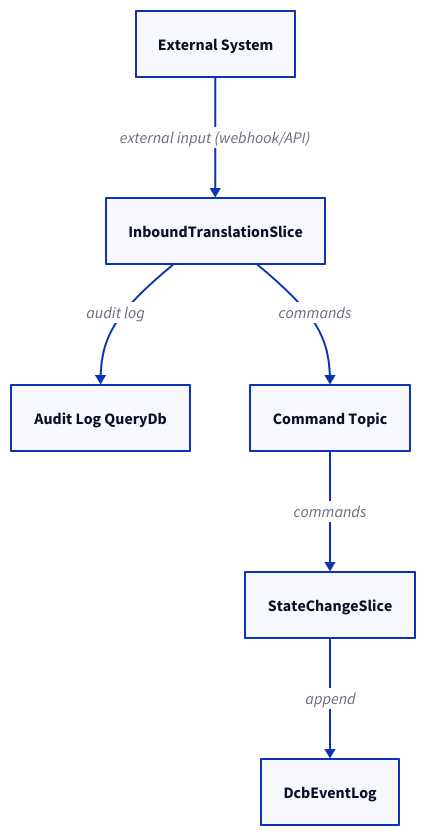
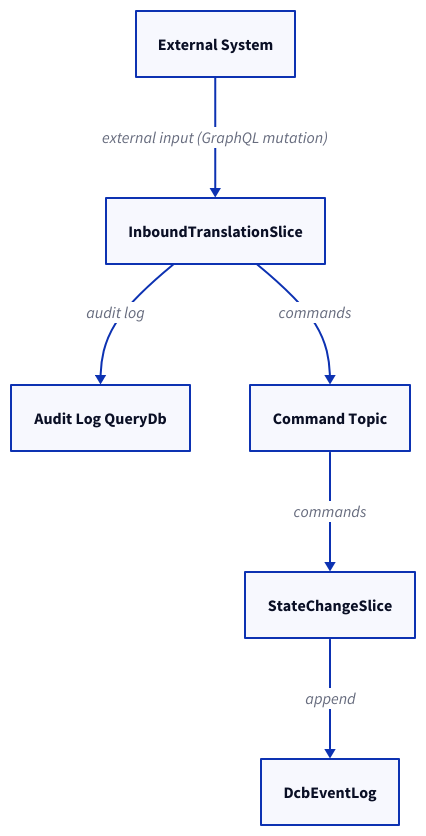
One commit to ReventlessDev/reventless-core changed the first of 2 diagrams in packages/doc/docs-app/components/inboundtranslationslice.md. Above: the diagram before and after it, drawn with D2. The commit also changed other lines of this file and 2 other files, not shown here.

````diff
--- a/packages/doc/docs-app/components/inboundtranslationslice.md
+++ b/packages/doc/docs-app/components/inboundtranslationslice.md
@@ -13,14 +13,14 @@
 ```d2
 External: External System { class: external-system }
 InboundSlice: InboundTranslationSlice { class: automation-slice }
 AuditQueryDb: Audit Log QueryDb { class: query-db }
 CommandTopic: Command Topic { class: command-topic }
 StateChangeSlice: StateChangeSlice { class: state-change-slice }
 DcbEventLog: DcbEventLog { class: dcb-event-log }
 
-External -> InboundSlice: "external input (webhook/API)" { class: command-flow }
+External -> InboundSlice: "external input (GraphQL mutation)" { class: command-flow }
 InboundSlice -> AuditQueryDb: audit log { class: projection-flow }
 InboundSlice -> CommandTopic: commands { class: command-flow }
 CommandTopic -> StateChangeSlice: commands { class: command-flow }
 StateChangeSlice -> DcbEventLog: append { class: event-flow }
 ```
````
